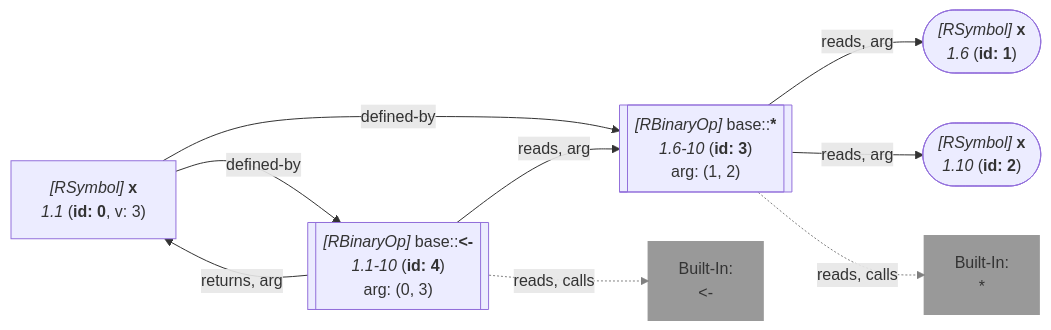
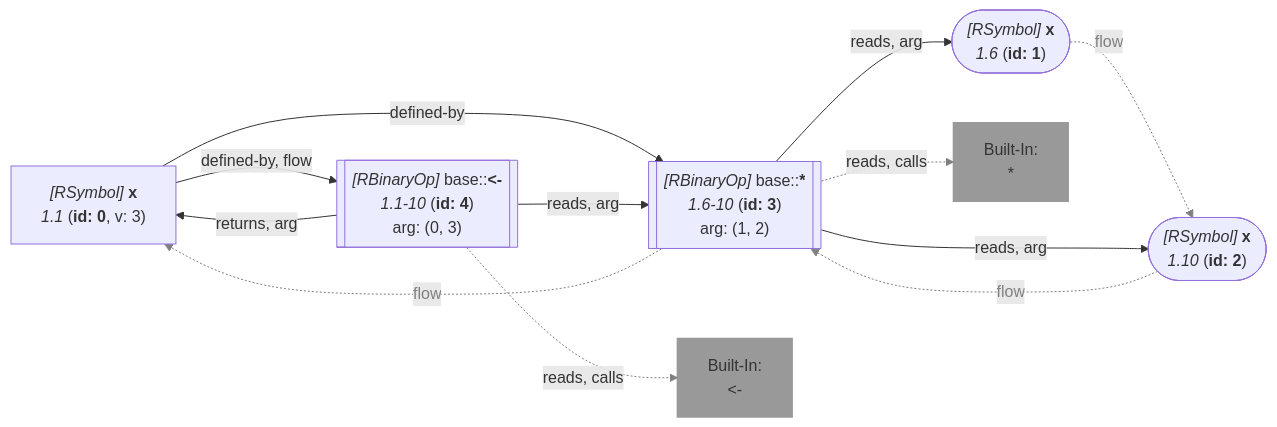
Before and after one commit to flowr-analysis/flowr: the second of 4 diagrams in wiki/Search API.md, drawn with Mermaid. The commit also changed other lines of this file and 141 other files, not shown here.

````diff
--- a/wiki/Search API.md
+++ b/wiki/Search API.md
@@ -73,33 +73,37 @@
 ```mermaid
 flowchart LR
     1(["`*#91;RSymbol#93;* **x**
       *1.6* (**id: 1**)`"])
-   %% No edges found for 1
     2(["`*#91;RSymbol#93;* **x**
       *1.10* (**id: 2**)`"])
-   %% No edges found for 2
     3[["`*#91;RBinaryOp#93;* base#58;#58;**#42;**
       *1.6-10* (**id: 3**)
     arg: (1, 2)`"]]
     built-in:_["`Built-In:
 #42;`"]
     style built-in:_ stroke:gray,fill:gray,stroke-width:2px,opacity:.8;
     0["`*#91;RSymbol#93;* **x**
       *1.1* (**id: 0**, v: 3)`"]
     4[["`*#91;RBinaryOp#93;* base#58;#58;**#60;#45;**
       *1.1-10* (**id: 4**)
     arg: (0, 3)`"]]
     built-in:_-["`Built-In:
 #60;#45;`"]
     style built-in:_- stroke:gray,fill:gray,stroke-width:2px,opacity:.8;
+    1 -.->|"flow"| 2
+    linkStyle 0 stroke:gray,color:gray;
+    2 -.->|"flow"| 3
+    linkStyle 1 stroke:gray,color:gray;
     3 -->|"reads, arg"| 1
     3 -->|"reads, arg"| 2
+    3 -.->|"flow"| 0
+    linkStyle 4 stroke:gray,color:gray;
     3 -.->|"reads, calls"| built-in:_
-    linkStyle 2 stroke:gray;
+    linkStyle 5 stroke:gray;
+    0 -->|"defined-by, flow"| 4
     0 -->|"defined-by"| 3
-    0 -->|"defined-by"| 4
     4 -->|"reads, arg"| 3
     4 -->|"returns, arg"| 0
     4 -.->|"reads, calls"| built-in:_-
-    linkStyle 7 stroke:gray;
+    linkStyle 10 stroke:gray;
 ```
````
